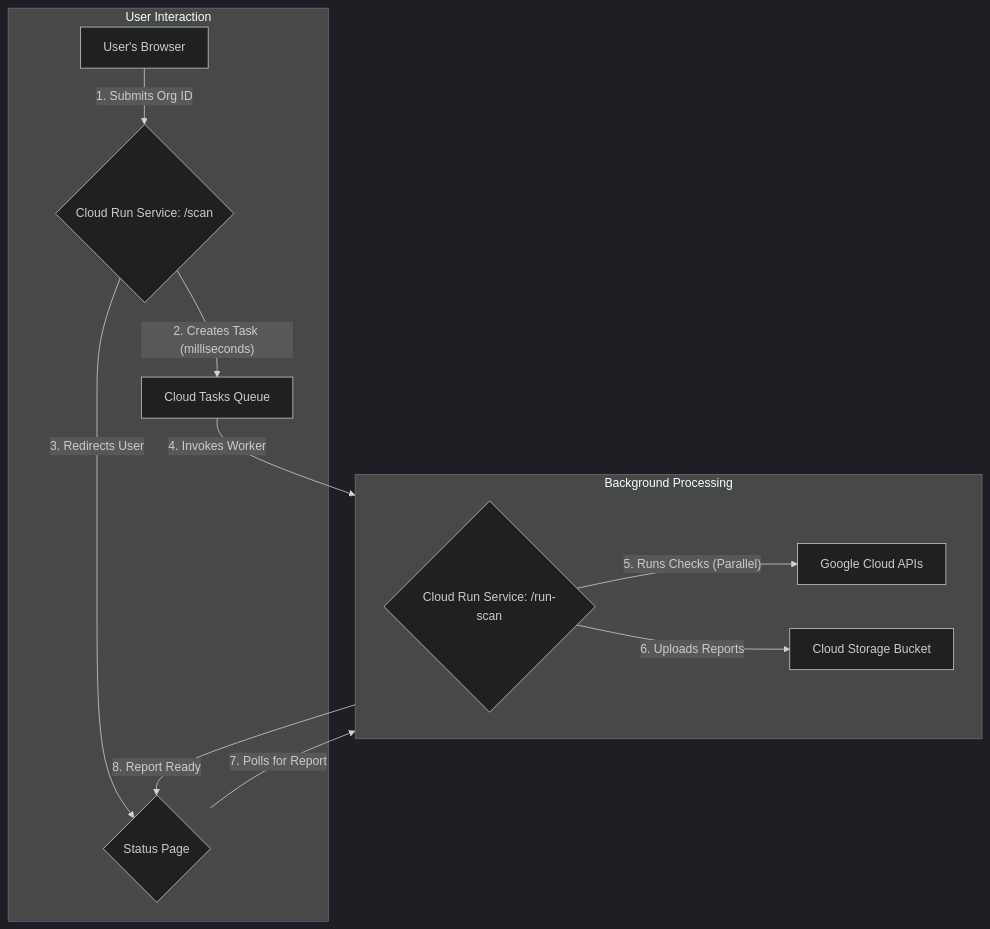
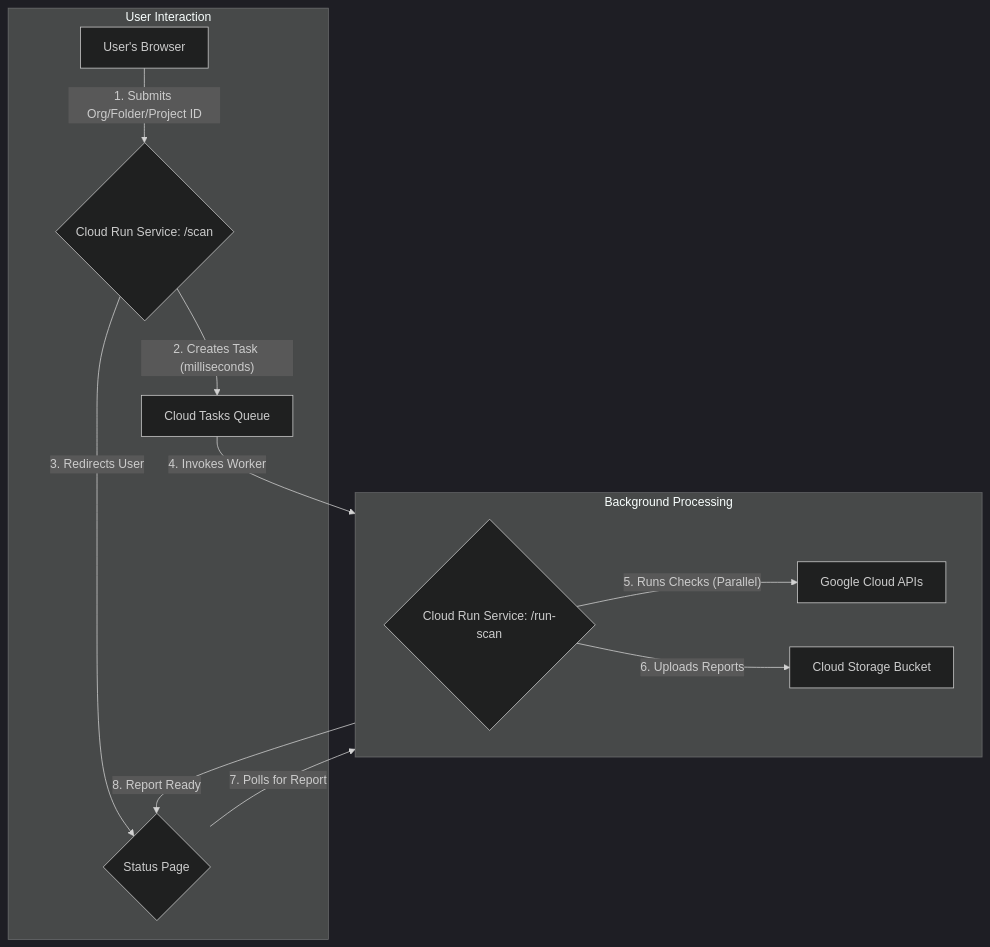
The diagram in README.md (prateek-joonix/CloudGauge), drawn with Mermaid (dark theme) before and after one commit.

Commit message:
Update README.md with Beta description

````diff
--- a/README.md
+++ b/README.md
@@ -91,18 +91,18 @@
 ```mermaid
 graph TD
     subgraph "User Interaction "
-        A[User's Browser] -- "1. Submits Org ID" --> B{Cloud Run Service: /scan};
+        A[User's Browser] -- "1. Submits Org/Folder/Project ID" --> B{Cloud Run Service: /scan};
         B -- "2. Creates Task (milliseconds)" --> C[Cloud Tasks Queue];
         B -- "3. Redirects User" --> G{Status Page};
     end
 
     subgraph "Background Processing "
       direction LR
       D{Cloud Run Service: /run-scan} -- "5. Runs Checks (Parallel)"--> E[Google Cloud APIs];
       D -- "6. Uploads Reports" --> F[Cloud Storage Bucket];
     end
 
     C -- "4. Invokes Worker" --> D;
     G -- "7. Polls for Report" --> F;
     F -- "8. Report Ready" --> G;
 ```
````
